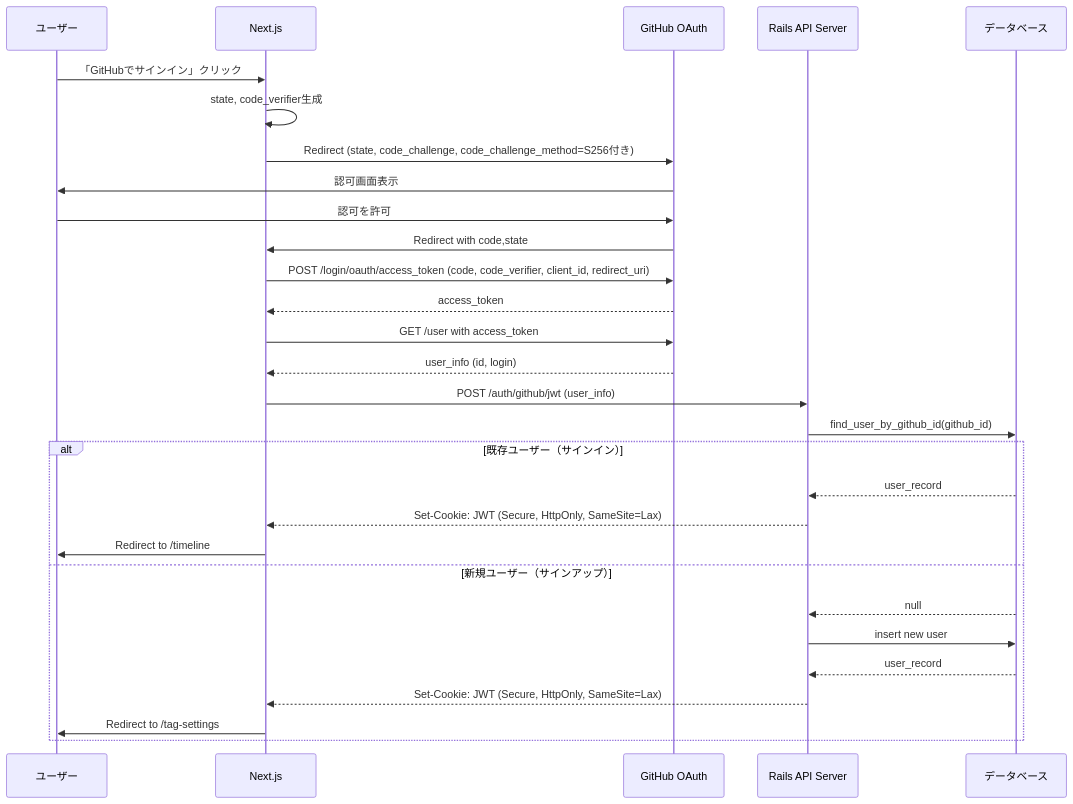
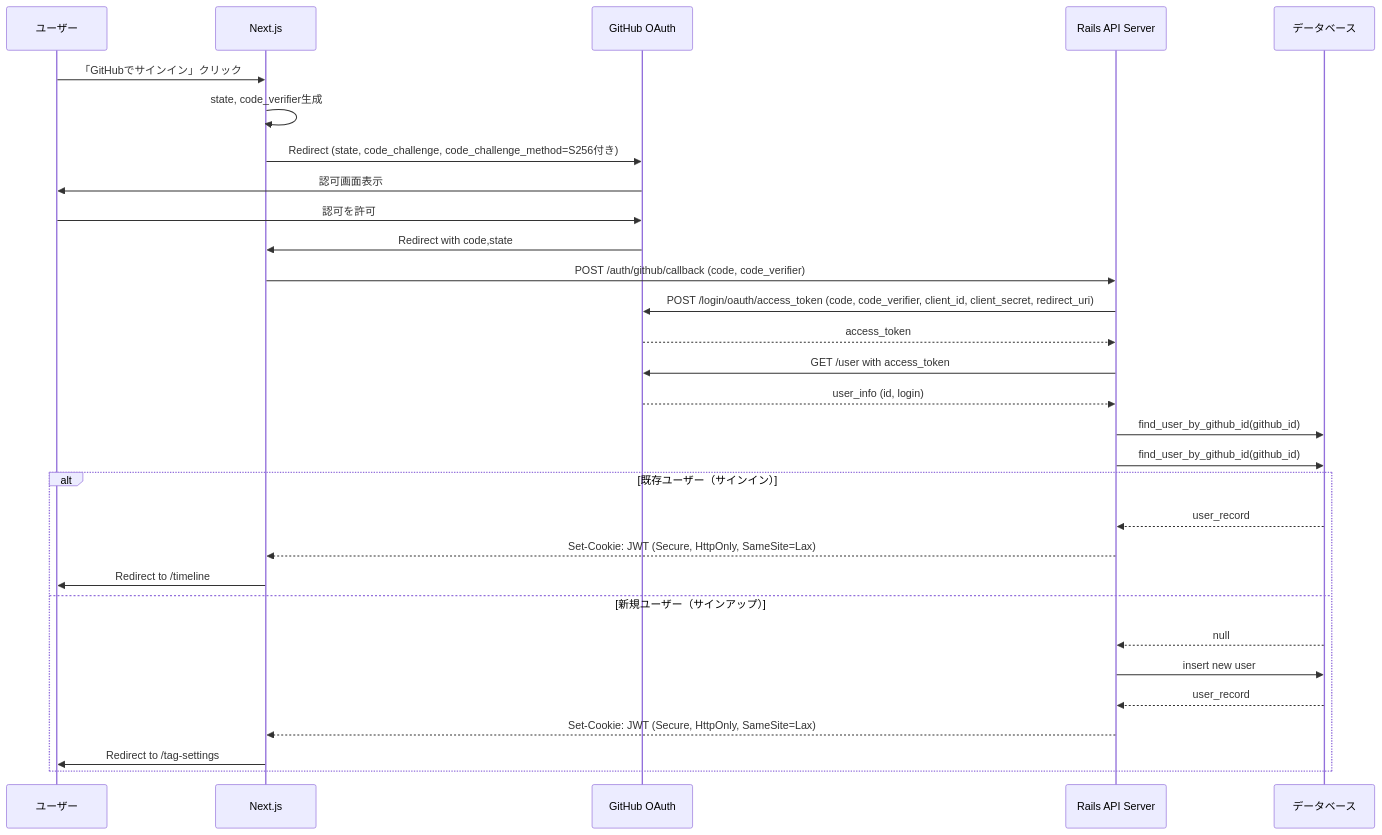
Before and after one commit to tsukuneA1/git-feed: the diagram in signin-sequence.md, drawn with Mermaid.

Commit message:
fix:PKCE対策

````diff
--- a/signin-sequence.md
+++ b/signin-sequence.md
@@ -1,32 +1,33 @@
 ```mermaid
 sequenceDiagram
     participant User as ユーザー
     participant Frontend as Next.js
     participant GitHub as GitHub OAuth
     participant RailsAPI as Rails API Server
     participant DB as データベース
 
     User ->> Frontend: 「GitHubでサインイン」クリック
     Frontend ->> Frontend: state, code_verifier生成
     Frontend ->> GitHub: Redirect (state, code_challenge, code_challenge_method=S256付き)
     GitHub ->> User: 認可画面表示
     User ->> GitHub: 認可を許可
     GitHub ->> Frontend: Redirect with code,state
-    Frontend ->> GitHub: POST /login/oauth/access_token (code, code_verifier, client_id, redirect_uri)
-    GitHub -->> Frontend: access_token
-    Frontend ->> GitHub: GET /user with access_token
-    GitHub -->> Frontend: user_info (id, login)
-    Frontend ->> RailsAPI: POST /auth/github/jwt (user_info)
+    Frontend ->> RailsAPI: POST /auth/github/callback (code, code_verifier)
+    RailsAPI ->> GitHub: POST /login/oauth/access_token (code, code_verifier, client_id, client_secret, redirect_uri)
+    GitHub -->> RailsAPI: access_token
+    RailsAPI ->> GitHub: GET /user with access_token
+    GitHub -->> RailsAPI: user_info (id, login)
+    RailsAPI ->> DB: find_user_by_github_id(github_id)
     RailsAPI ->> DB: find_user_by_github_id(github_id)
     alt 既存ユーザー（サインイン）
         DB -->> RailsAPI: user_record
         RailsAPI -->> Frontend: Set-Cookie: JWT (Secure, HttpOnly, SameSite=Lax)
         Frontend ->> User: Redirect to /timeline
     else 新規ユーザー（サインアップ）
         DB -->> RailsAPI: null
         RailsAPI ->> DB: insert new user
         DB -->> RailsAPI: user_record
         RailsAPI -->> Frontend: Set-Cookie: JWT (Secure, HttpOnly, SameSite=Lax)
         Frontend ->> User: Redirect to /tag-settings
     end
 ```
````
